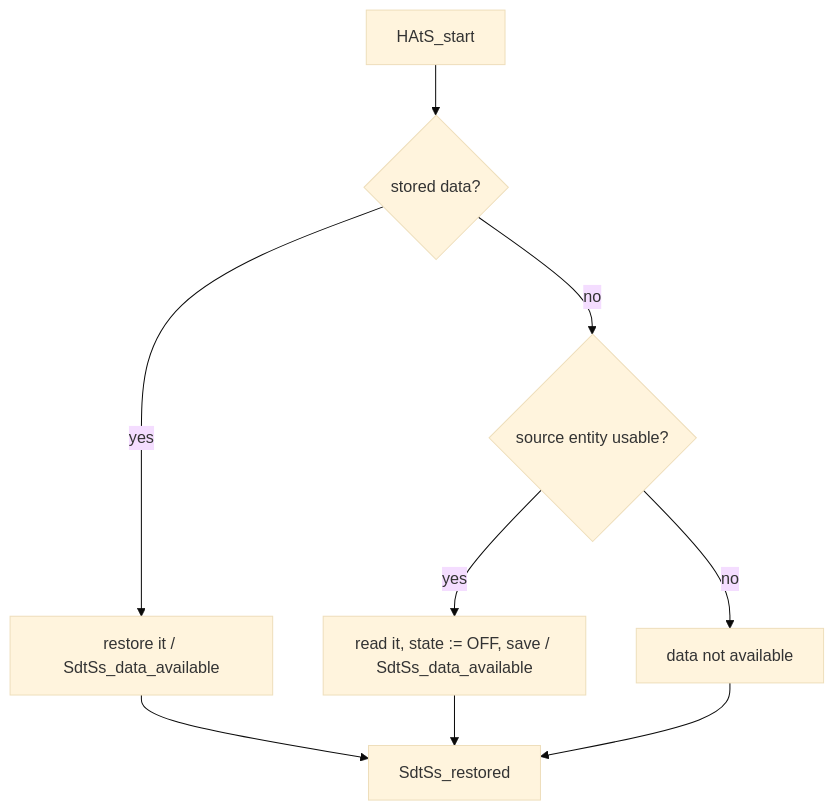
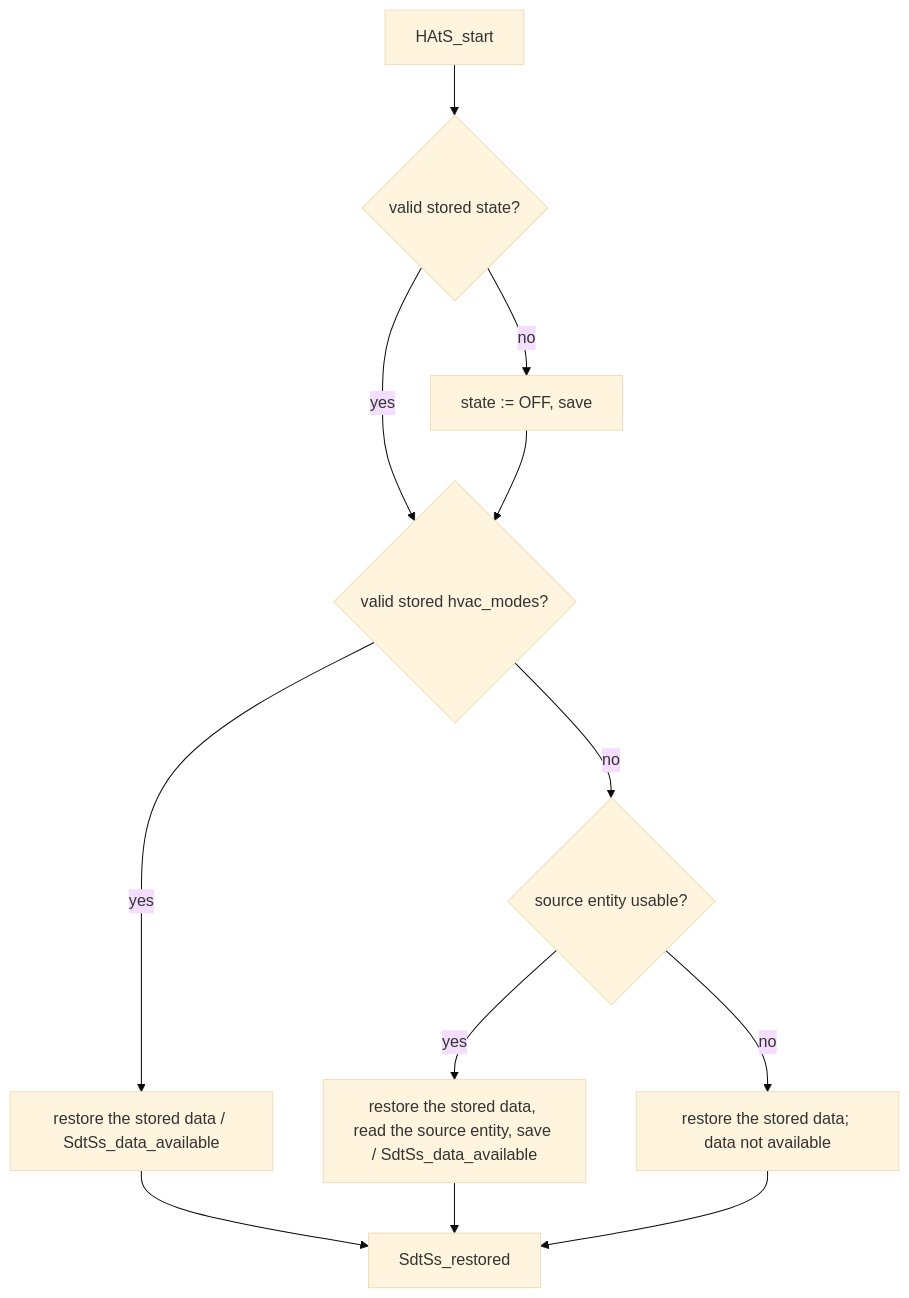
One commit to marsoupilami25/adaptative-climate changed the second of 12 diagrams in SPEC.md. Above: the diagram before and after it, drawn with Mermaid (base theme). The commit also changed other lines of this file, not shown here.

````diff
--- a/SPEC.md
+++ b/SPEC.md
@@ -325,11 +325,13 @@
 ```mermaid
 flowchart TD
-    S[HAtS_start] --> A{stored data?}
-    A -- yes --> R[restore it / SdtSs_data_available]
+    S[HAtS_start] --> T{valid stored state?}
+    T -- yes --> A{valid stored hvac_modes?}
+    T -- no --> O[state := OFF, save] --> A
+    A -- yes --> R[restore the stored data / SdtSs_data_available]
     A -- no --> B{source entity usable?}
-    B -- yes --> C[read it, state := OFF, save / SdtSs_data_available]
-    B -- no --> D[data not available]
+    B -- yes --> C[restore the stored data, read the source entity, save / SdtSs_data_available]
+    B -- no --> D[restore the stored data; data not available]
     R --> E[SdtSs_restored]
     C --> E
     D --> E
 ```
````
